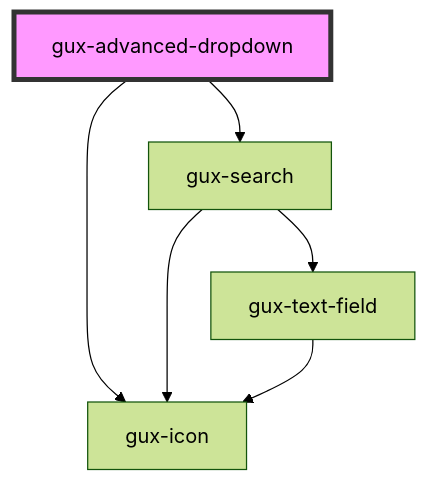
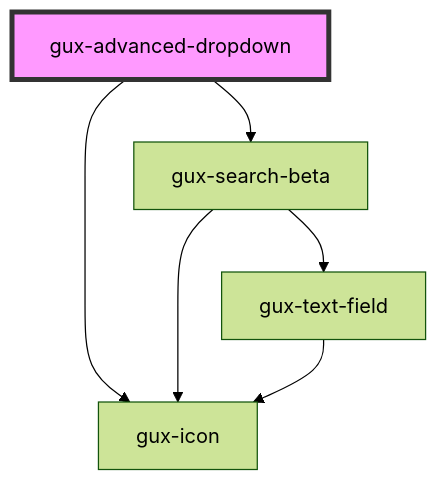
Before and after one commit to MyPureCloud/genesys-spark: the diagram in src/components/stable/gux-advanced-dropdown/readme.md, drawn with Mermaid (forest theme). The commit also changed other lines of this file and 93 other files, not shown here.

````diff
--- a/src/components/stable/gux-advanced-dropdown/readme.md
+++ b/src/components/stable/gux-advanced-dropdown/readme.md
@@ -57,9 +57,9 @@
 ```mermaid
 graph TD;
   gux-advanced-dropdown --> gux-icon
-  gux-advanced-dropdown --> gux-search
-  gux-search --> gux-text-field
-  gux-search --> gux-icon
+  gux-advanced-dropdown --> gux-search-beta
+  gux-search-beta --> gux-text-field
+  gux-search-beta --> gux-icon
   gux-text-field --> gux-icon
   style gux-advanced-dropdown fill:#f9f,stroke:#333,stroke-width:4px
 ```
````
